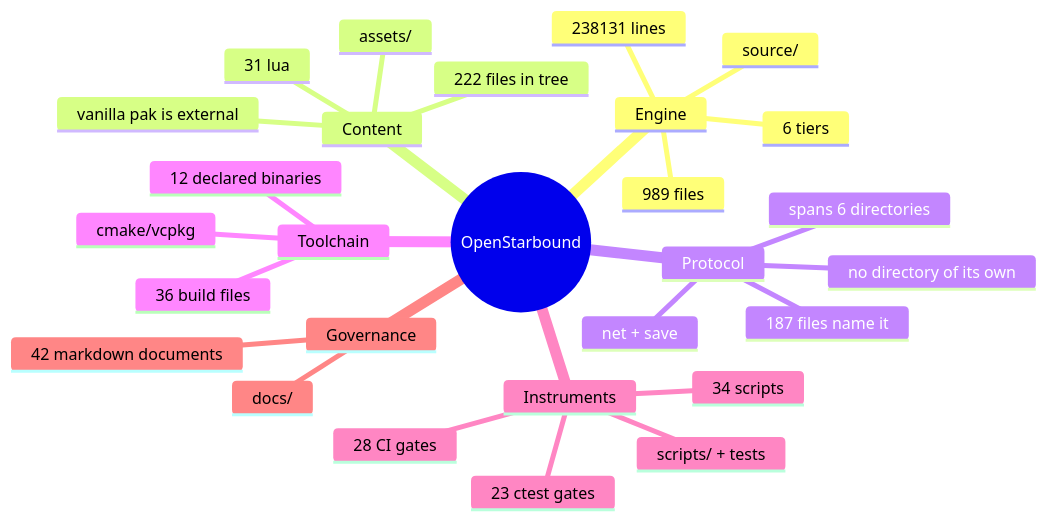
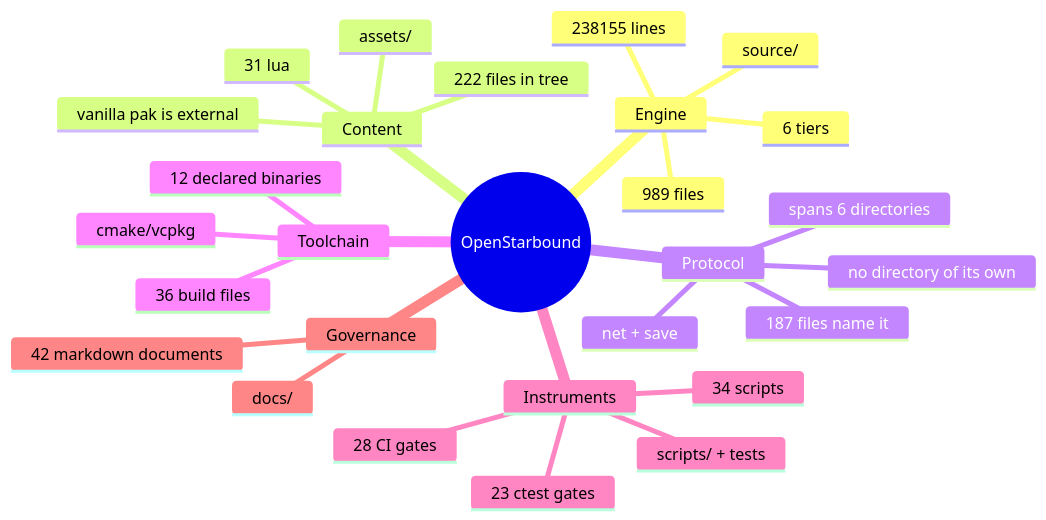
One commit to apnex/OpenStarbound changed the second of 11 diagrams in docs/architecture/system-boundaries.md. Above: the diagram before and after it, drawn with Mermaid. The commit also changed other lines of this file and 1 other file, not shown here.

````diff
--- a/docs/architecture/system-boundaries.md
+++ b/docs/architecture/system-boundaries.md
@@ -166,31 +166,31 @@
 ```mermaid
 mindmap
   root((OpenStarbound))
     Engine
       source/
       989 files
-      238131 lines
+      238155 lines
       6 tiers
     Content
       assets/
       222 files in tree
       31 lua
       vanilla pak is external
     Protocol
       net + save
       187 files name it
       spans 6 directories
       no directory of its own
     Toolchain
       cmake/vcpkg
       36 build files
       12 declared binaries
     Instruments
       scripts/ + tests
       34 scripts
       23 ctest gates
       28 CI gates
     Governance
       docs/
       42 markdown documents
 ```
````
